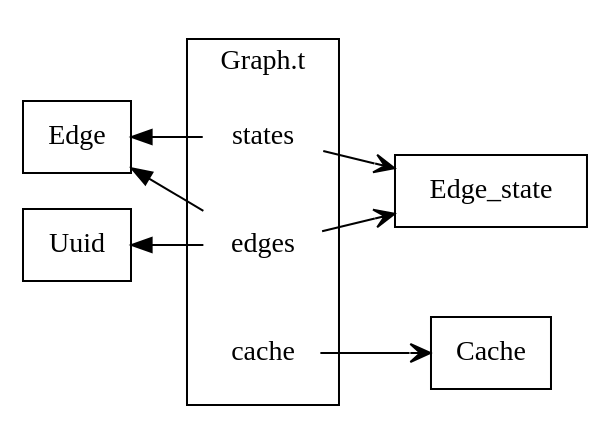
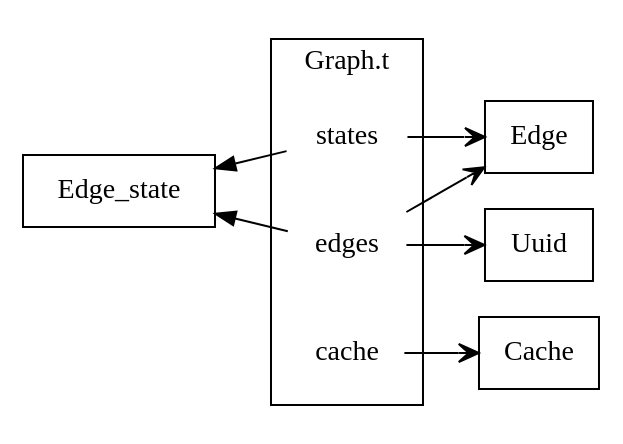
The diagram in src/grvdoc/graph_t.dot (hazelgrove/GRV), drawn with Graphviz before and after one commit. The commit also changed 1 other file, not shown here.

Commit message:
rearrange doc sections and diagram elements

```diff
--- a/src/grvdoc/graph_t.dot
+++ b/src/grvdoc/graph_t.dot
@@ -1,26 +1,27 @@
 digraph G {
   rankdir=LR
   compound=true
   splines=true
   concentrate=true
 
   node [shape=box]
 
   Edg [label="Edge"]
   Uuid
 
   edge [arrowhead="vee"]
 
   subgraph cluster_graph {
     label="Graph.t"
 
     node [shape=none]
 
     edges; states; cache
   }
 
-  Uuid -> edges [dir=back]
-  Edg -> {edges; states} [dir=back]
-  {edges; states} ->  Edge_state
+  Edge_state -> {edges; states} [dir=back]
+
+  edges -> Uuid
+  {edges; states} -> Edg
   cache -> Cache
 }
```
